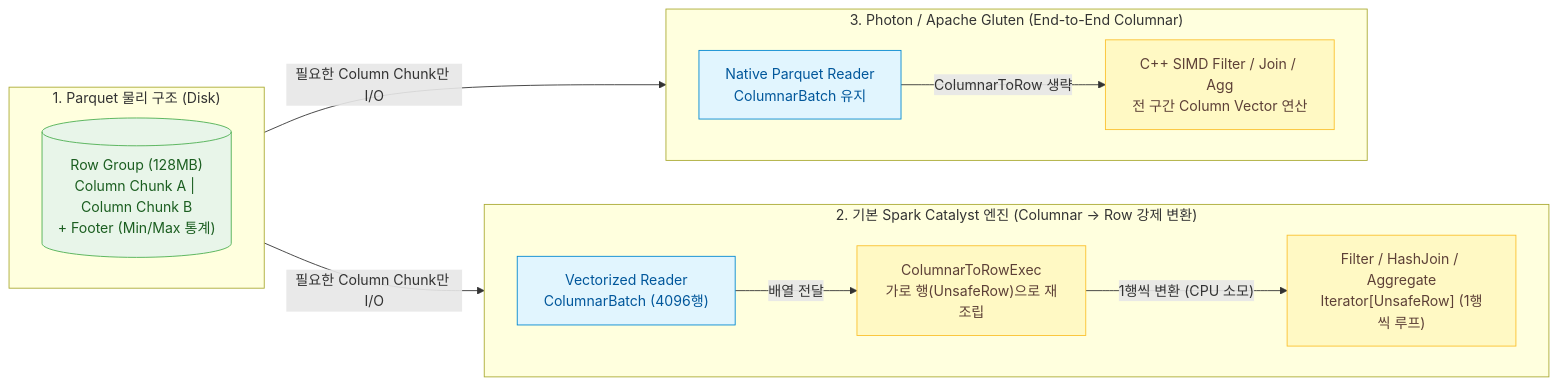
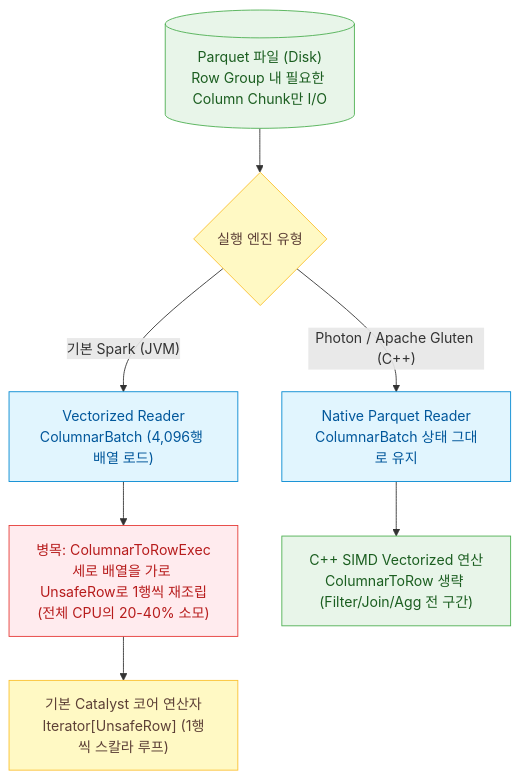
Before and after one commit to djpibo/djpibo.github.io: the sixth of 11 diagrams in docs/dbms/distributed/mapreduce-spark-and-distributed-db-internals.md, drawn with Mermaid. The commit also changed other lines of this file and 4 other files, not shown here.

Commit message:
style(mermaid): remove hachure fill, refactor key diagrams to sequence/decision-tree, and update AGENTS.md

````diff
--- a/docs/dbms/distributed/mapreduce-spark-and-distributed-db-internals.md
+++ b/docs/dbms/distributed/mapreduce-spark-and-distributed-db-internals.md
@@ -321,30 +310,21 @@
 ```mermaid
-flowchart LR
+flowchart TD
     classDef storage fill:#E8F5E9,stroke:#4CAF50,color:#1B5E20;
     classDef process fill:#FFF9C4,stroke:#FBC02D,color:#5D4037;
     classDef cloud fill:#E1F5FE,stroke:#0288D1,color:#01579B;
+    classDef danger fill:#FFEBEE,stroke:#E53935,color:#B71C1C;
 
-    subgraph PARQ_FILE ["1. Parquet 물리 구조 (Disk)"]
-        direction LR
-        RG[("Row Group (128MB)<br/>Column Chunk A | Column Chunk B<br/>+ Footer (Min/Max 통계)")]:::storage
-    end
+    PARQ[("Parquet 파일 (Disk)<br/>Row Group 내 필요한 Column Chunk만 I/O")]:::storage
+    DEC{"실행 엔진 유형"}:::process
 
-    subgraph SPARK_VANILLA ["2. 기본 Spark Catalyst 엔진 (Columnar -> Row 강제 변환)"]
-        direction LR
-        V_READ["Vectorized Reader<br/>ColumnarBatch (4096행)"]:::cloud
-        C2R["ColumnarToRowExec<br/>가로 행(UnsafeRow)으로 재조립"]:::process
-        OP_ROW["Filter / HashJoin / Aggregate<br/>Iterator[UnsafeRow] (1행씩 루프)"]:::process
-        V_READ -->|"배열 전달"| C2R
-        C2R -->|"1행씩 변환 (CPU 소모)"| OP_ROW
-    end
+    V_READ["Vectorized Reader<br/>ColumnarBatch (4,096행 배열 로드)"]:::cloud
+    C2R["병목: ColumnarToRowExec<br/>세로 배열을 가로 UnsafeRow로 1행씩 재조립<br/>(전체 CPU의 20-40% 소모)"]:::danger
+    OP_ROW["기본 Catalyst 코어 연산자<br/>Iterator[UnsafeRow] (1행씩 스칼라 루프)"]:::process
 
-    subgraph SPARK_NATIVE ["3. Photon / Apache Gluten (End-to-End Columnar)"]
-        direction LR
-        N_READ["Native Parquet Reader<br/>ColumnarBatch 유지"]:::cloud
-        N_OP["C++ SIMD Filter / Join / Agg<br/>전 구간 Column Vector 연산"]:::process
-        N_READ -->|"ColumnarToRow 생략"| N_OP
-    end
+    N_READ["Native Parquet Reader<br/>ColumnarBatch 상태 그대로 유지"]:::cloud
+    N_OP["C++ SIMD Vectorized 연산<br/>ColumnarToRow 생략 (Filter/Join/Agg 전 구간)"]:::storage
 
-    RG -->|"필요한 Column Chunk만 I/O"| V_READ
-    RG -->|"필요한 Column Chunk만 I/O"| N_READ
+    PARQ --> DEC
+    DEC -->|"기본 Spark (JVM)"| V_READ --> C2R --> OP_ROW
+    DEC -->|"Photon / Apache Gluten (C++)"| N_READ --> N_OP
 ```
````
